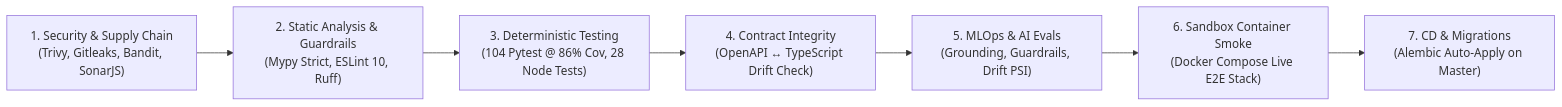
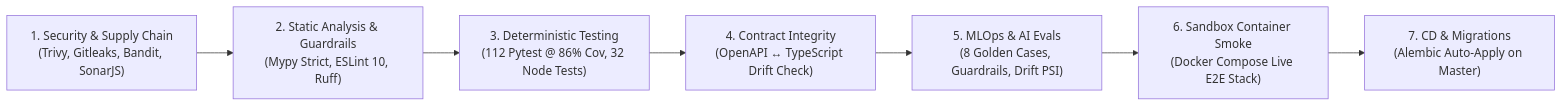
Before and after one commit to thiago-terceiro/sentinelflow: the diagram in sentinelflow/OVERVIEW.md, drawn with Mermaid. The commit also changed other lines of this file and 58 other files, not shown here.

````diff
--- a/sentinelflow/OVERVIEW.md
+++ b/sentinelflow/OVERVIEW.md
@@ -9,9 +9,9 @@
 ```mermaid
 flowchart LR
     A["1. Security & Supply Chain\n(Trivy, Gitleaks, Bandit, SonarJS)"] --> B["2. Static Analysis & Guardrails\n(Mypy Strict, ESLint 10, Ruff)"]
-    B --> C["3. Deterministic Testing\n(104 Pytest @ 86% Cov, 28 Node Tests)"]
+    B --> C["3. Deterministic Testing\n(112 Pytest @ 86% Cov, 32 Node Tests)"]
     C --> D["4. Contract Integrity\n(OpenAPI ↔ TypeScript Drift Check)"]
-    D --> E["5. MLOps & AI Evals\n(Grounding, Guardrails, Drift PSI)"]
+    D --> E["5. MLOps & AI Evals\n(8 Golden Cases, Guardrails, Drift PSI)"]
     E --> F["6. Sandbox Container Smoke\n(Docker Compose Live E2E Stack)"]
     F --> G["7. CD & Migrations\n(Alembic Auto-Apply on Master)"]
 ```
````
